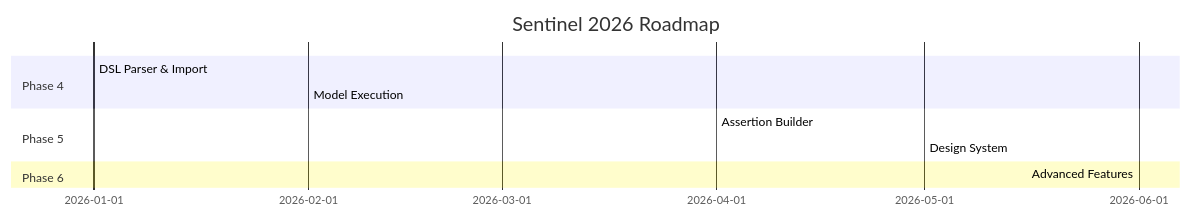
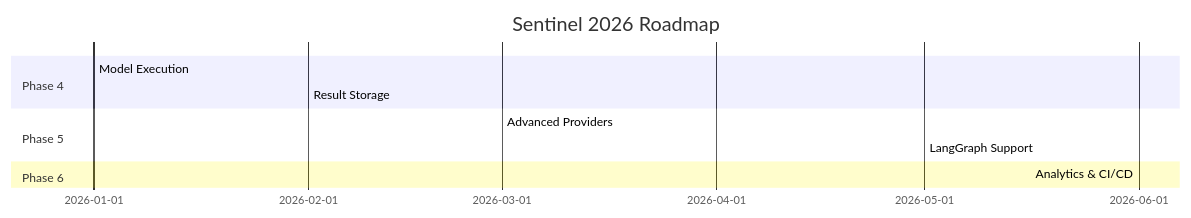
The second of 2 diagrams in README.md (navam-io/sentinel), drawn with Mermaid before and after one commit. The commit also changed other lines of this file and 6 other files, not shown here.

````diff
--- a/README.md
+++ b/README.md
@@ -491,13 +580,13 @@
 ```mermaid
 gantt
     title Sentinel 2026 Roadmap
     dateFormat  YYYY-MM
     section Phase 4
-    DSL Parser & Import      :2026-01, 2m
-    Model Execution          :2026-02, 2m
+    Model Execution         :2026-01, 2m
+    Result Storage          :2026-02, 1m
     section Phase 5
-    Assertion Builder        :2026-04, 1m
-    Design System            :2026-05, 1m
+    Advanced Providers      :2026-03, 2m
+    LangGraph Support       :2026-05, 1m
     section Phase 6
-    Advanced Features        :2026-06, 3m
+    Analytics & CI/CD       :2026-06, 3m
 ```
````
